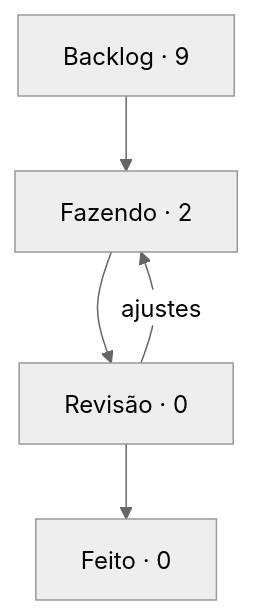
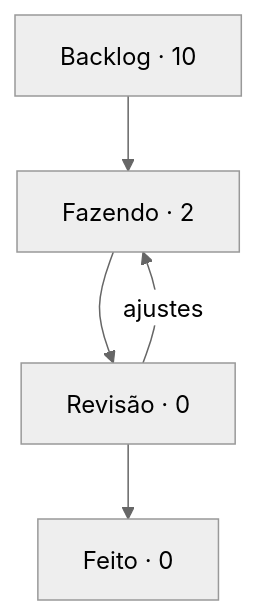
The diagram in boards/dungeon-bend/BOARD.md (StudioVibi/VibiKanban), drawn with Mermaid (neutral theme) before and after one commit. The commit also changed other lines of this file and 2 other files, not shown here.

````diff
--- a/boards/dungeon-bend/BOARD.md
+++ b/boards/dungeon-bend/BOARD.md
@@ -5,10 +5,10 @@
 ```mermaid
 flowchart TD
-  backlog["Backlog · 9"] --> doing["Fazendo · 2"]
+  backlog["Backlog · 10"] --> doing["Fazendo · 2"]
   doing --> review["Revisão · 0"]
   review --> done["Feito · 0"]
   review -->|ajustes| doing
   doing:::blue
   review:::yellow
   done:::green
 ```
````
